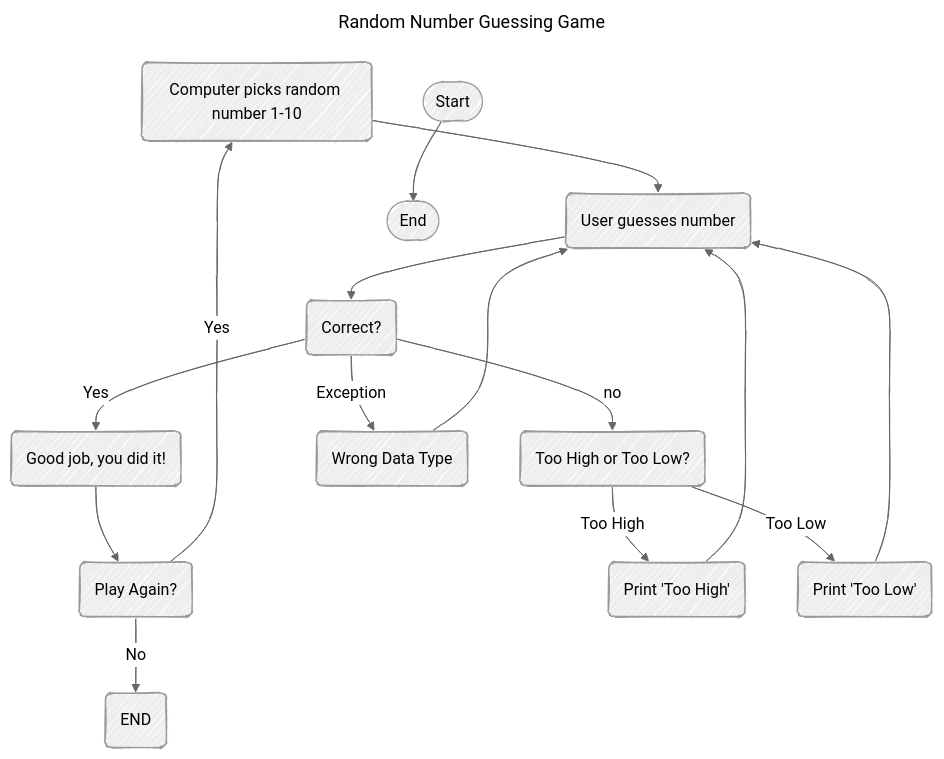
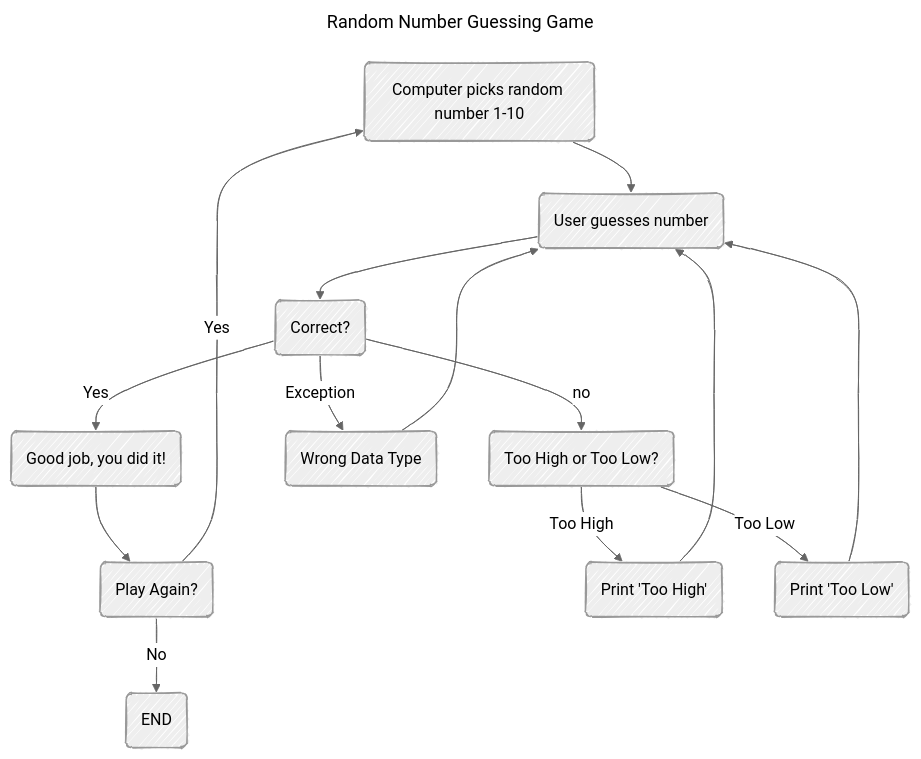
Before and after one commit to etbrowne0/etbrowne0.github.io: the diagram in Guessing.md, drawn with Mermaid.

````diff
--- a/Guessing.md
+++ b/Guessing.md
@@ -1,24 +1,23 @@
 ```mermaid
 ---
 title: Random Number Guessing Game
 config: 
     look: handDrawn
     theme: neutral
 ---
 flowchart TD
 Computer(Computer picks random number 1-10)-->user(User guesses number)
 user--> correct(Correct?)
 correct-->|Yes|outgood(Good job, you did it!)
 outgood-->play
 play(Play Again?)-->|Yes|Computer
 play-->|No|END(END)
 correct-->|no|incorrect(Too High or Too Low?)
 
 incorrect-->|Too High|printhi(Print 'Too High')
 incorrect-->|Too Low|printlow(Print 'Too Low')
 printlow-->user
 printhi-->user
 correct-->|Exception|wrongdt(Wrong Data Type) 
 wrongdt--> user
-Start([Start]) --> End([End])
 ```
````
